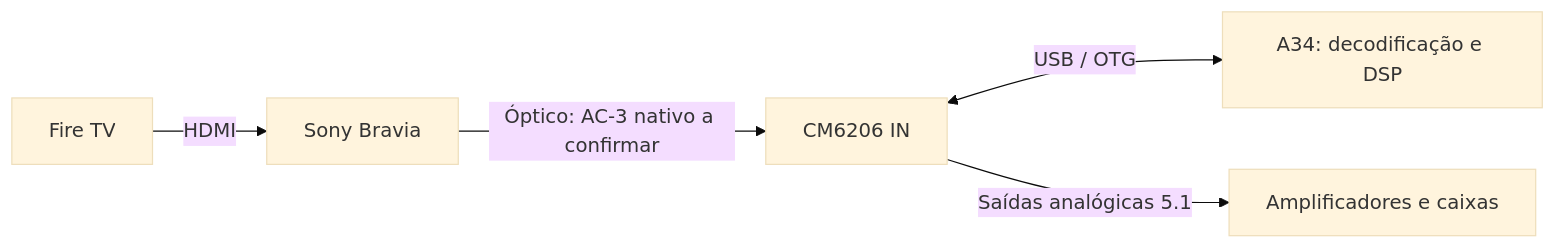
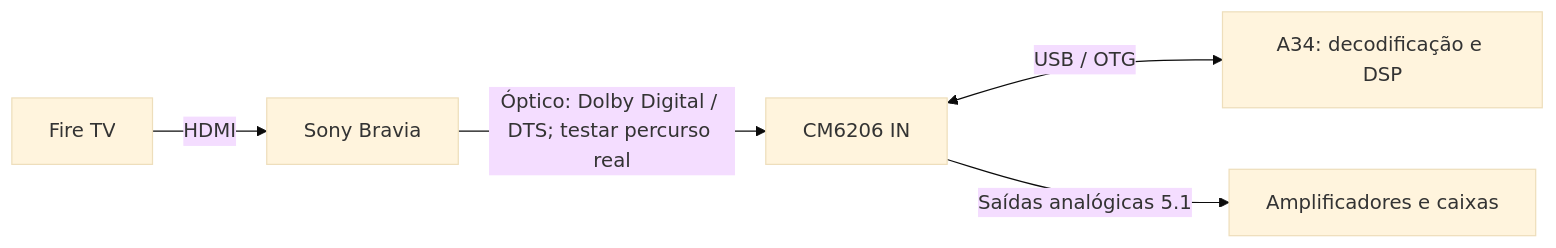
The second of 2 diagrams in docs/A34-DSP.md (RafaelTerra-web/sistema-5.1-artesanal), drawn with Mermaid (base theme) before and after one commit. The commit also changed other lines of this file and 6 other files, not shown here.

````diff
--- a/docs/A34-DSP.md
+++ b/docs/A34-DSP.md
@@ -64,7 +66,7 @@
 ```mermaid
 flowchart LR
     F["Fire TV"] -->|"HDMI"| T["Sony Bravia"]
-    T -->|"Óptico: AC-3 nativo a confirmar"| C["CM6206 IN"]
+    T -->|"Óptico: Dolby Digital / DTS; testar percurso real"| C["CM6206 IN"]
     C <-->|"USB / OTG"| A["A34: decodificação e DSP"]
     C -->|"Saídas analógicas 5.1"| P["Amplificadores e caixas"]
 ```
````
